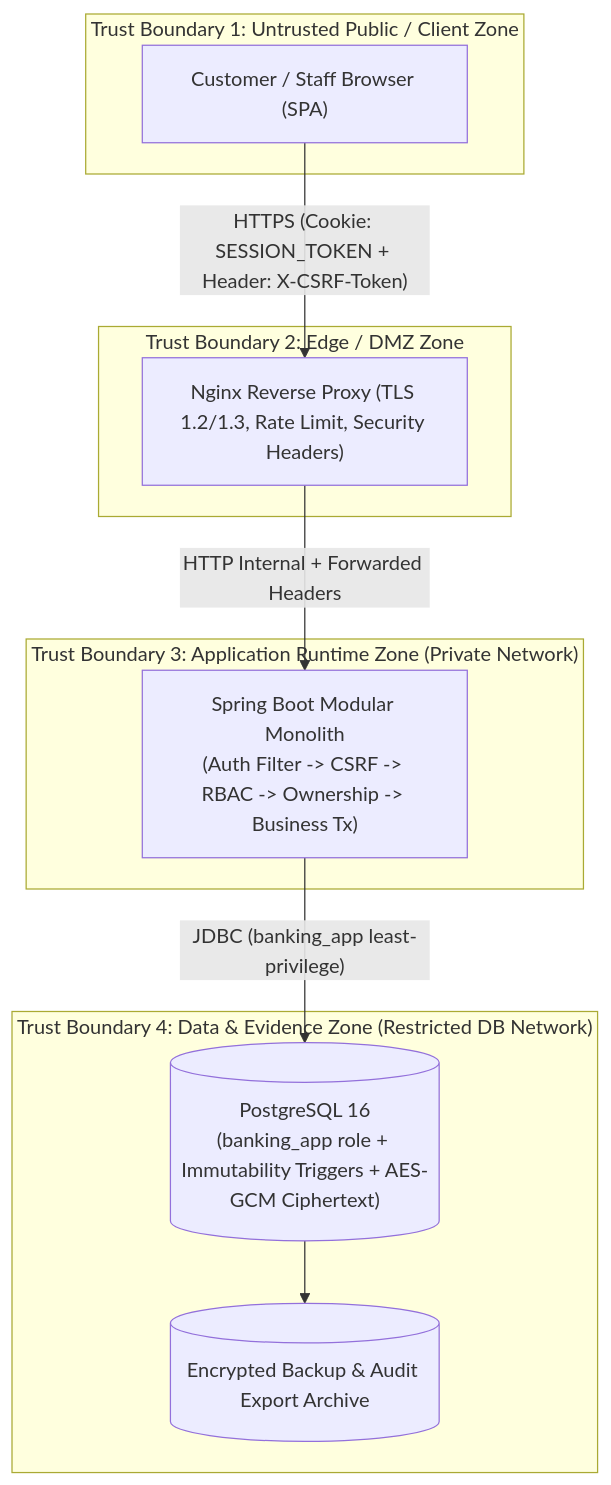
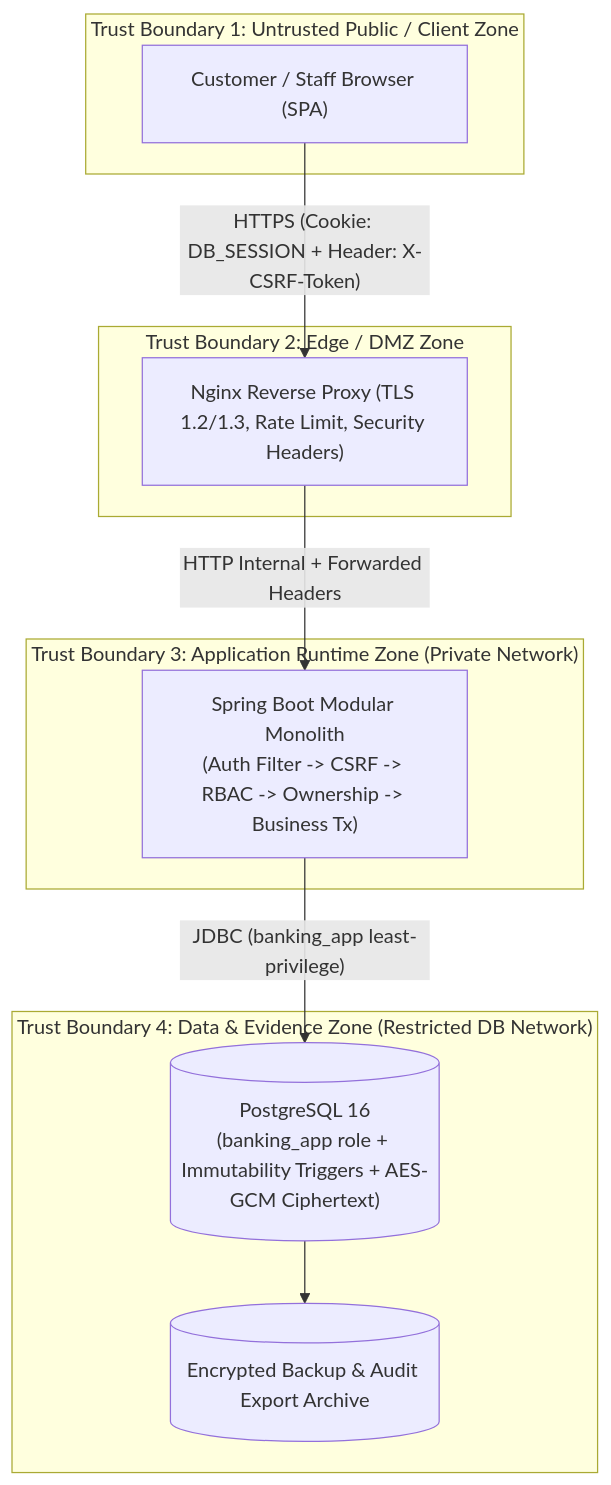
The diagram in digitalbanking-docs/docs-common/design/04. security.md (TNoLisme/cloude), drawn with Mermaid before and after one commit. The commit also changed other lines of this file and 110 other files, not shown here.

````diff
--- a/digitalbanking-docs/docs-common/design/04. security.md
+++ b/digitalbanking-docs/docs-common/design/04. security.md
@@ -73,24 +73,24 @@
 ```mermaid
 flowchart TB
     subgraph TB1["Trust Boundary 1: Untrusted Public / Client Zone"]
         BROWSER["Customer / Staff Browser (SPA)"]
     end
 
     subgraph TB2["Trust Boundary 2: Edge / DMZ Zone"]
         NGINX["Nginx Reverse Proxy (TLS 1.2/1.3, Rate Limit, Security Headers)"]
     end
 
     subgraph TB3["Trust Boundary 3: Application Runtime Zone (Private Network)"]
         APP["Spring Boot Modular Monolith\n(Auth Filter -> CSRF -> RBAC -> Ownership -> Business Tx)"]
     end
 
     subgraph TB4["Trust Boundary 4: Data & Evidence Zone (Restricted DB Network)"]
         PG[("PostgreSQL 16\n(banking_app role + Immutability Triggers + AES-GCM Ciphertext)")]
         BAK[("Encrypted Backup & Audit Export Archive")]
     end
 
-    BROWSER -->|"HTTPS (Cookie: SESSION_TOKEN + Header: X-CSRF-Token)"| NGINX
+    BROWSER -->|"HTTPS (Cookie: DB_SESSION + Header: X-CSRF-Token)"| NGINX
     NGINX -->|"HTTP Internal + Forwarded Headers"| APP
     APP -->|"JDBC (banking_app least-privilege)"| PG
     PG --> BAK
 ```
````
